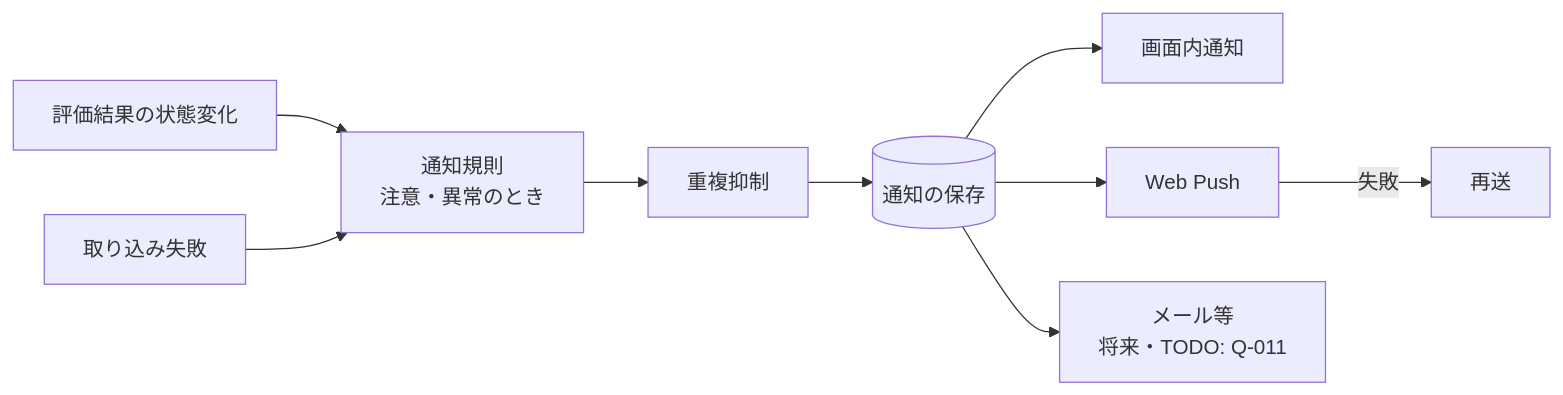
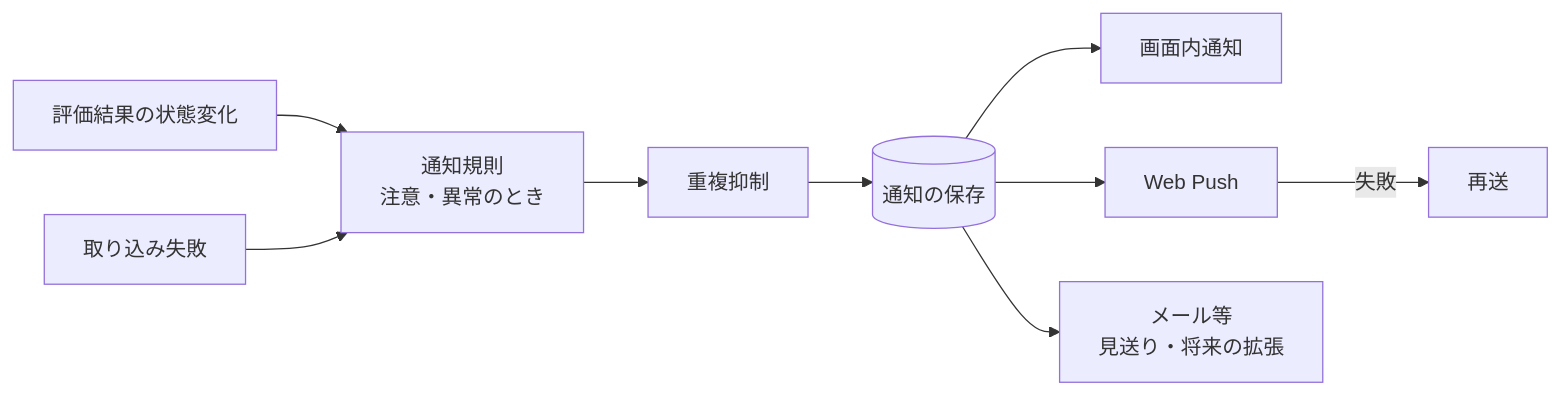
Before and after one commit to NS-APU/smart-farm-monitoring: the seventh of 9 diagrams in docs/10_design/architecture/architecture.md, drawn with Mermaid. The commit also changed other lines of this file and 8 other files, not shown here.

````diff
--- a/docs/10_design/architecture/architecture.md
+++ b/docs/10_design/architecture/architecture.md
@@ -366,11 +366,11 @@
 ```mermaid
 flowchart LR
   EV[評価結果の状態変化] --> RULE[通知規則<br>注意・異常のとき]
   FAIL[取り込み失敗] --> RULE
   RULE --> DED[重複抑制]
   DED --> NS[(通知の保存)]
   NS --> N1[画面内通知]
   NS --> N2[Web Push]
-  NS --> N3[メール等<br>将来・TODO: Q-011]
+  NS --> N3[メール等<br>見送り・将来の拡張]
   N2 -->|失敗| RETRY[再送]
 ```
````
